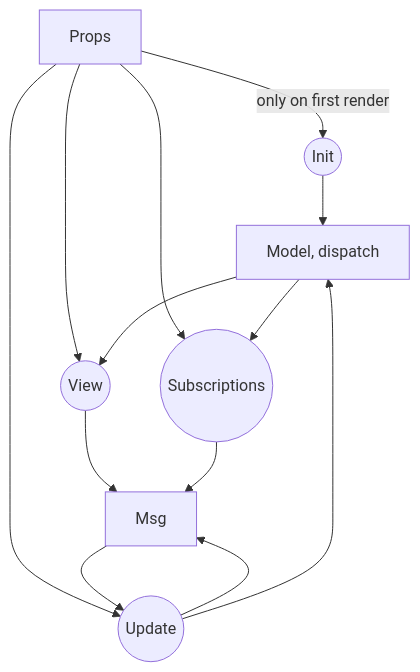
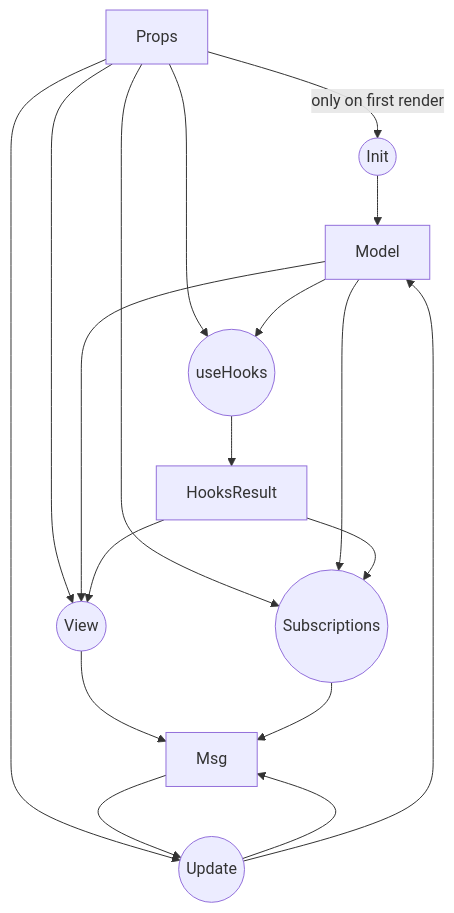
The diagram in doc/dev/DataFlowDiagram.md (Foo-x/react-tea), drawn with Mermaid before and after one commit. The commit also changed 1 other file, not shown here.

Commit message:
doc: update dfd

````diff
--- a/doc/dev/DataFlowDiagram.md
+++ b/doc/dev/DataFlowDiagram.md
@@ -3,18 +3,21 @@
 ```mermaid
 graph TD
     p[Props]
     i((Init))
-    m[Model, dispatch]
+    m[Model]
     msg[Msg]
+    h((useHooks))
+    H[HooksResult]
     u((Update))
     v((View))
     s((Subscriptions))
 
     p -- only on first render --> i
-    p --> v & s & u
+    p --> v & s & u & h
     i --> m
-    m --> v & s
+    m --> v & s & h
+    h --> H --> v & s
     v & s --> msg
     msg --> u
     u --> msg & m
 ```
````
